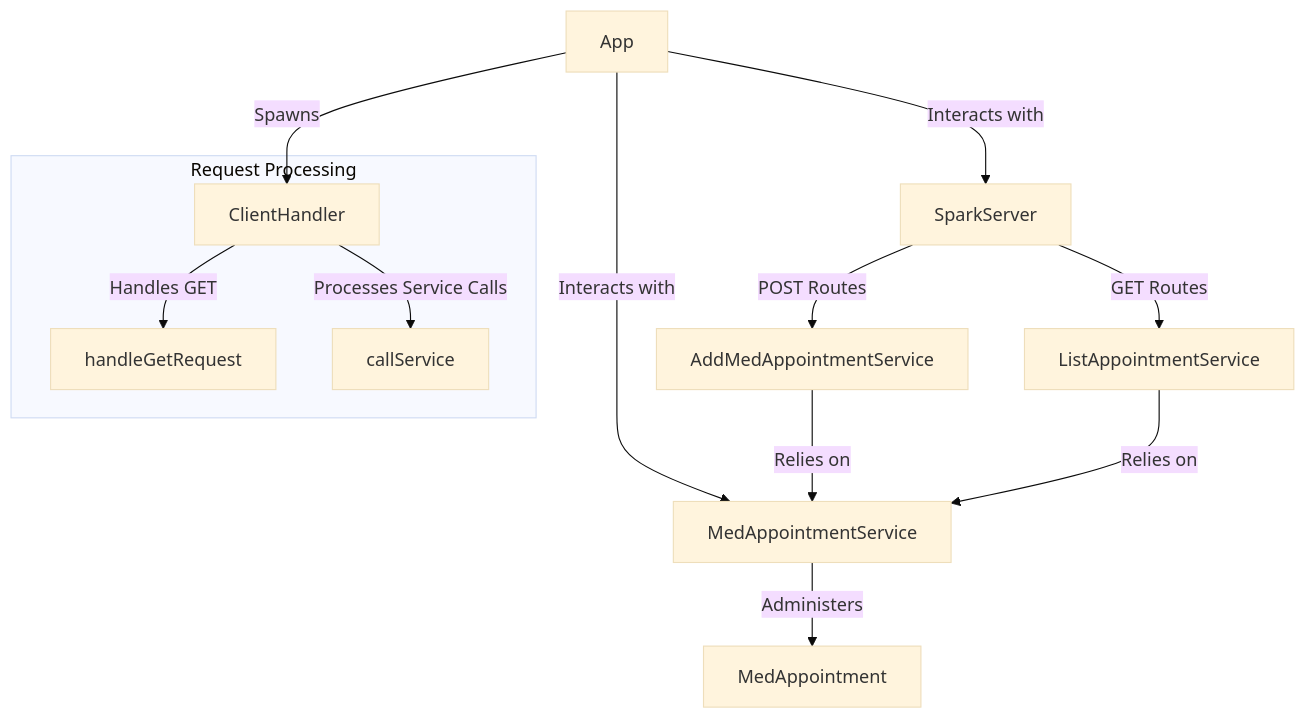
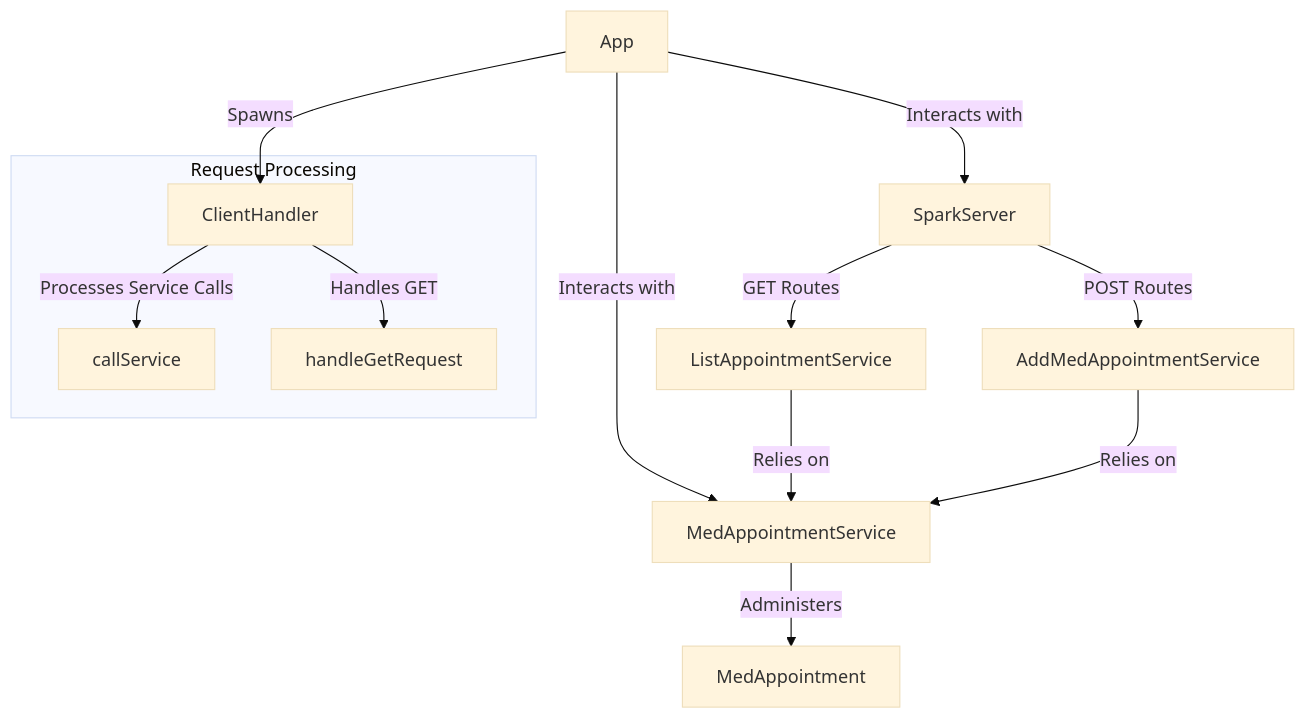
Before and after one commit to leoncico/CVDS-LAB-5: the diagram in readme.md, drawn with Mermaid (base theme).

````diff
--- a/readme.md
+++ b/readme.md
@@ -10,19 +10,18 @@
 ```mermaid
 graph TD
+App -->|Spawns| ClientHandler
+App -->|Interacts with| MedAppointmentService
 App -->|Interacts with| SparkServer
-App -->|Interacts with| MedAppointmentService
-App -->|Spawns| ClientHandler
 
+subgraph Request Processing
+        ClientHandler -->|Processes Service Calls| callService
+	ClientHandler -->|Handles GET| handleGetRequest
+end
 
+ListAppointmentService -->|Relies on| MedAppointmentService
+MedAppointmentService -->|Administers| MedAppointment
 SparkServer -->|POST Routes| AddMedAppointmentService
 SparkServer -->|GET Routes| ListAppointmentService
 AddMedAppointmentService -->|Relies on| MedAppointmentService
-ListAppointmentService -->|Relies on| MedAppointmentService
-MedAppointmentService -->|Administers| MedAppointment
-
-subgraph Request Processing
-	ClientHandler -->|Handles GET| handleGetRequest
-	ClientHandler -->|Processes Service Calls| callService
-end
 
 ```
````
